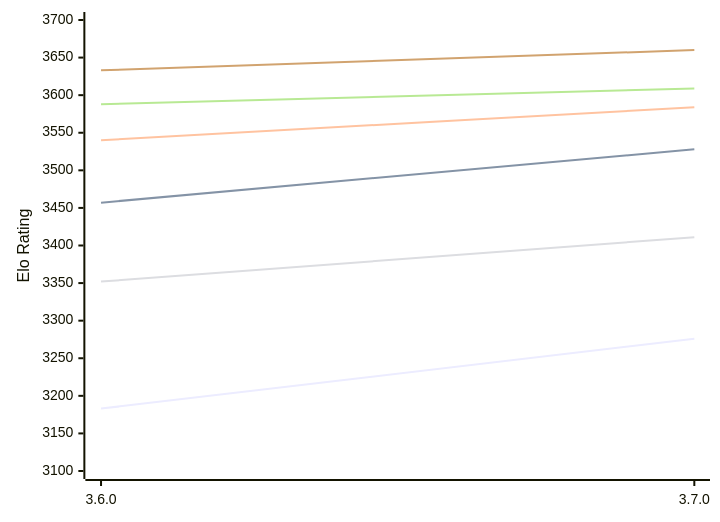
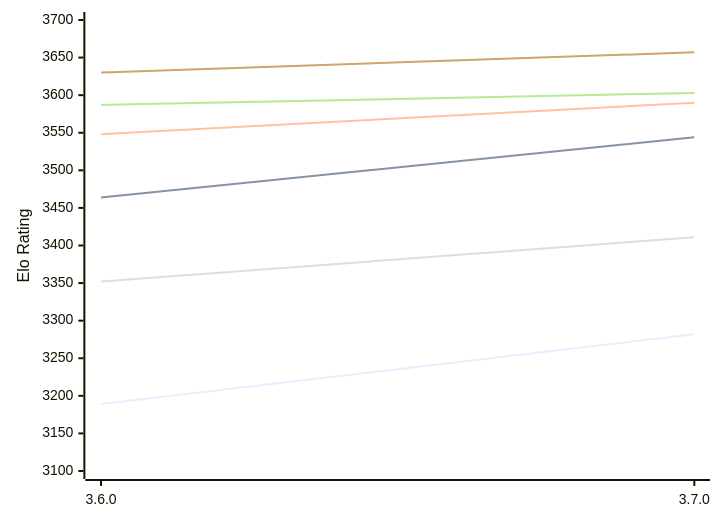
One commit to computer-chess-index/cci changed the diagram in engines/Simplechess.md. Above: the diagram before and after it, drawn with Mermaid. The commit also changed other lines of this file, not shown here.

Commit message:
Update CCI Ratings (ELO VLTC) - 2026-11-10

````diff
--- a/engines/Simplechess.md
+++ b/engines/Simplechess.md
@@ -49,12 +49,12 @@
 ```mermaid
 %%{init: {"theme":"base","themeVariables":{"seriesColors:['#a3a3a3','#222221','#faa371']}}}%%
 xychart-beta
   x-axis ["3.6.0", "3.7.0"]
   y-axis "Elo Rating" 3100 --> 3700
-  line "E1: STC (8.0+0.08s)" [3183, 3276]
-  line "E1: LTC (60.0+0.60s)" [3457, 3528]
-  line "E1: VLTC (2m24s+1.12s)" [3540, 3584]
+  line "E1: STC (8.0+0.08s)" [3189, 3282]
+  line "E1: LTC (60.0+0.60s)" [3464, 3544]
+  line "E1: VLTC (2m24s+1.12s)" [3548, 3590]
   line "P1: STC (8.0+0.08s)" [3352, 3411]
-  line "P1: LTC (60.0+0.60s)" [3588, 3609]
-  line "P1: VLTC (2m24s+1.12s)" [3633, 3660]
+  line "P1: LTC (60.0+0.60s)" [3587, 3603]
+  line "P1: VLTC (2m24s+1.12s)" [3630, 3657]
 ```
````
